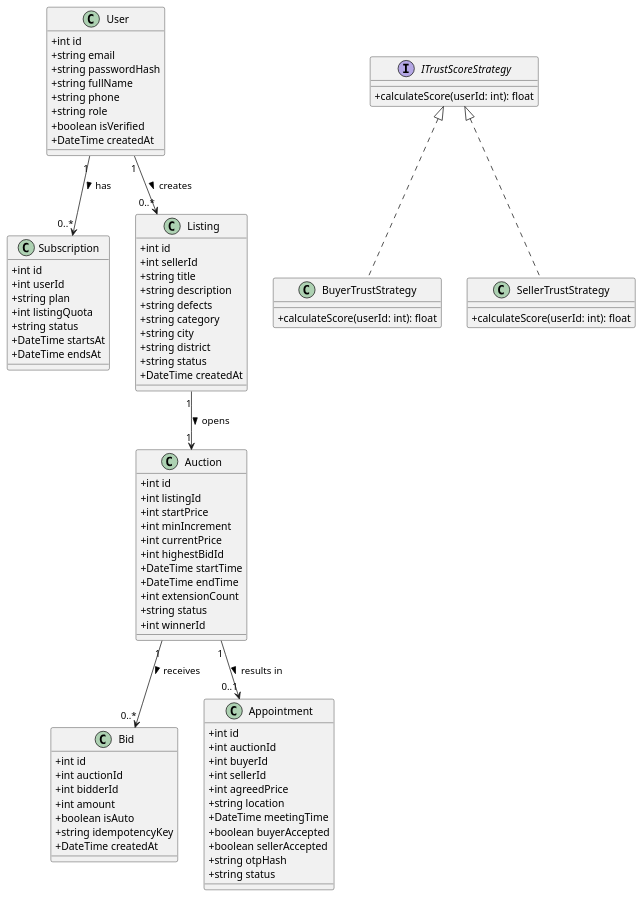
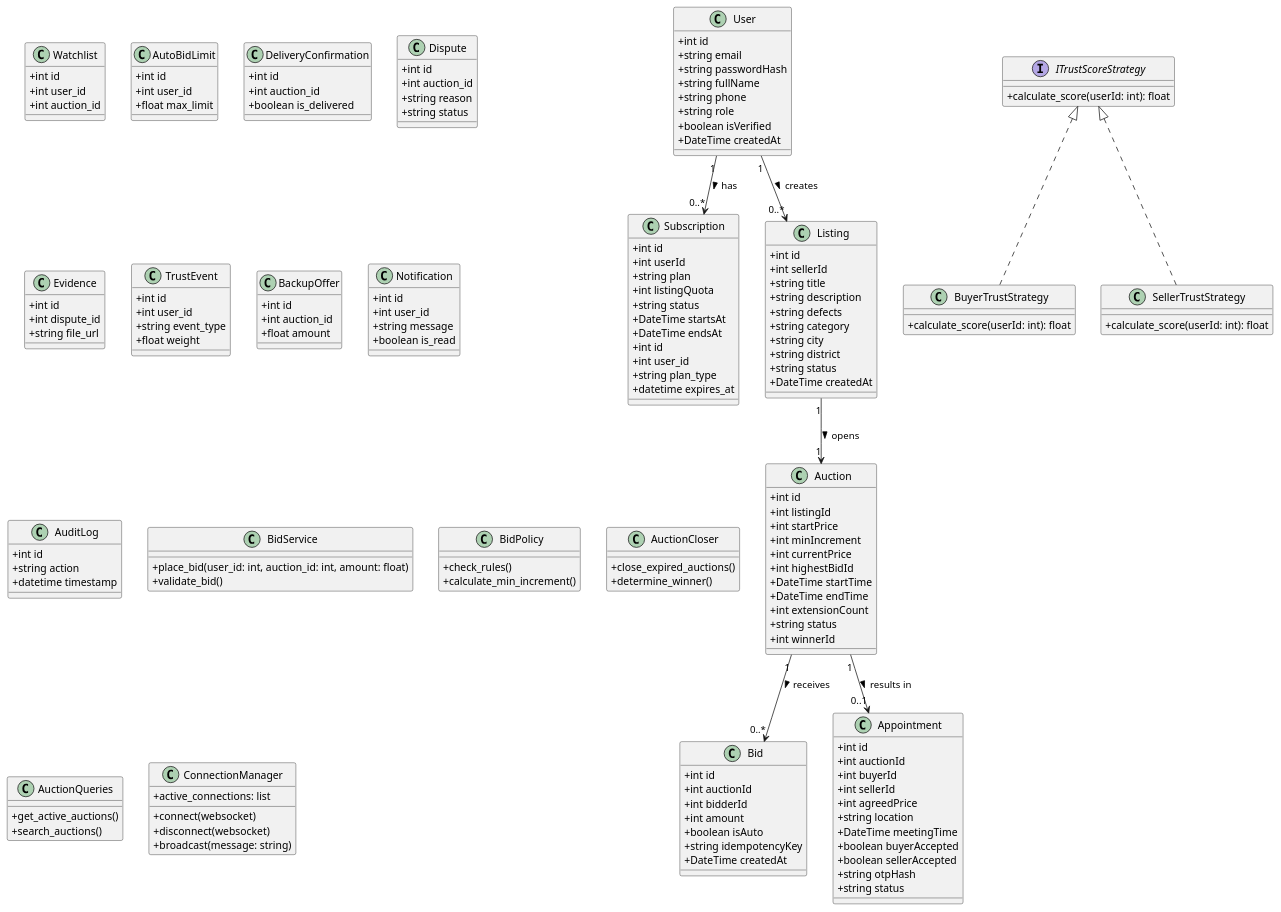
The diagram in docs/design/class-diagram.plantuml (egegunduzer-lab/BidArena), drawn with PlantUML before and after one commit. The commit also changed 1 other file, not shown here.

Commit message:
docs: update class diagram and add missing services

```diff
--- a/docs/design/class-diagram.plantuml
+++ b/docs/design/class-diagram.plantuml
@@ -1,99 +1,190 @@
 @startuml
 skinparam classAttributeIconSize 0
 
 class User {
   + int id
   + string email
   + string passwordHash
   + string fullName
   + string phone
   + string role
   + boolean isVerified
   + DateTime createdAt
 }
 
 class Subscription {
   + int id
   + int userId
   + string plan
   + int listingQuota
   + string status
   + DateTime startsAt
   + DateTime endsAt
 }
 
 class Listing {
   + int id
   + int sellerId
   + string title
   + string description
   + string defects
   + string category
   + string city
   + string district
   + string status
   + DateTime createdAt
 }
 
 class Auction {
   + int id
   + int listingId
   + int startPrice
   + int minIncrement
   + int currentPrice
   + int highestBidId
   + DateTime startTime
   + DateTime endTime
   + int extensionCount
   + string status
   + int winnerId
 }
 
 class Bid {
   + int id
   + int auctionId
   + int bidderId
   + int amount
   + boolean isAuto
   + string idempotencyKey
   + DateTime createdAt
 }
 
 class Appointment {
   + int id
   + int auctionId
   + int buyerId
   + int sellerId
   + int agreedPrice
   + string location
   + DateTime meetingTime
   + boolean buyerAccepted
   + boolean sellerAccepted
   + string otpHash
   + string status
 }
 
+class Subscription {
+    + int id
+    + int user_id
+    + string plan_type
+    + datetime expires_at
+}
+
+class Watchlist {
+    + int id
+    + int user_id
+    + int auction_id
+}
+
+class AutoBidLimit {
+    + int id
+    + int user_id
+    + float max_limit
+}
+
+class DeliveryConfirmation {
+    + int id
+    + int auction_id
+    + boolean is_delivered
+}
+
+class Dispute {
+    + int id
+    + int auction_id
+    + string reason
+    + string status
+}
+
+class Evidence {
+    + int id
+    + int dispute_id
+    + string file_url
+}
+
+class TrustEvent {
+    + int id
+    + int user_id
+    + string event_type
+    + float weight
+}
+
+class BackupOffer {
+    + int id
+    + int auction_id
+    + float amount
+}
+
+class Notification {
+    + int id
+    + int user_id
+    + string message
+    + boolean is_read
+}
+
+class AuditLog {
+    + int id
+    + string action
+    + datetime timestamp
+}
+
+class BidService {
+    + place_bid(user_id: int, auction_id: int, amount: float)
+    + validate_bid()
+}
+
+class BidPolicy {
+    + check_rules()
+    + calculate_min_increment()
+}
+
+class AuctionCloser {
+    + close_expired_auctions()
+    + determine_winner()
+}
+
+class AuctionQueries {
+    + get_active_auctions()
+    + search_auctions()
+}
+
+class ConnectionManager {
+    + active_connections: list
+    + connect(websocket)
+    + disconnect(websocket)
+    + broadcast(message: string)
+}
+
 ' Strategy Design Pattern Sınıfları
 interface ITrustScoreStrategy {
-  + calculateScore(userId: int): float
+  + calculate_score(userId: int): float
 }
 
 class BuyerTrustStrategy {
-  + calculateScore(userId: int): float
+  + calculate_score(userId: int): float
 }
 
 class SellerTrustStrategy {
-  + calculateScore(userId: int): float
+  + calculate_score(userId: int): float
 }
 
 ' İlişkiler (Associations & Realization)
 User "1" --> "0..*" Listing : creates >
 User "1" --> "0..*" Subscription : has >
 Listing "1" --> "1" Auction : opens >
 Auction "1" --> "0..*" Bid : receives >
 Auction "1" --> "0..1" Appointment : results in >
 
 ITrustScoreStrategy <|.. BuyerTrustStrategy
 ITrustScoreStrategy <|.. SellerTrustStrategy
 
 @enduml
```
